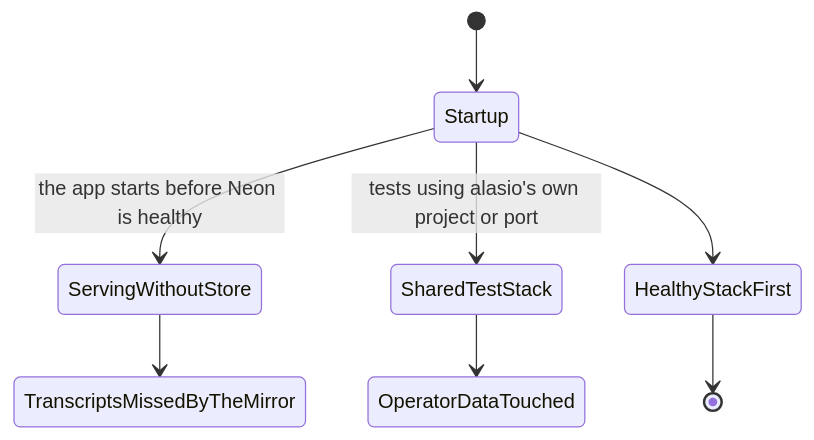
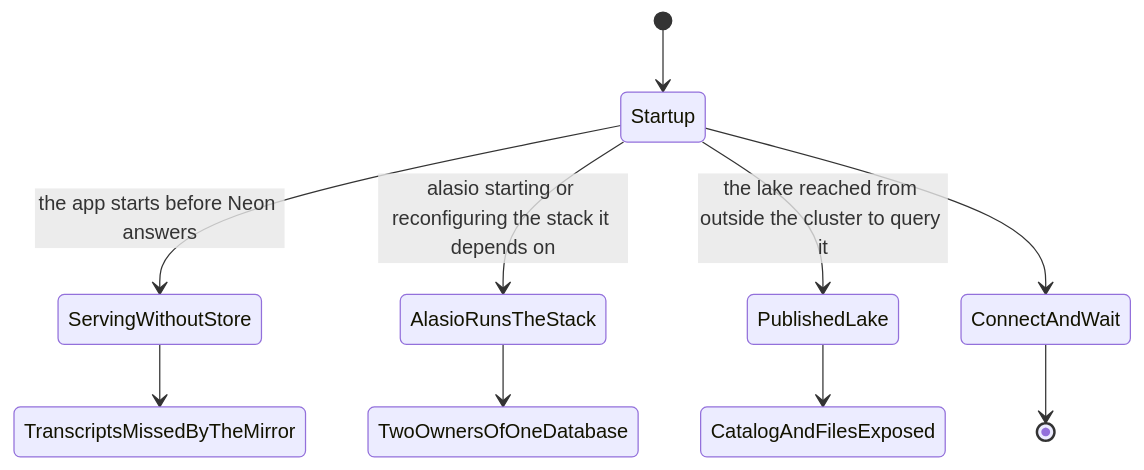
Before and after one commit to eaucoin/alasio: the third of 3 diagrams in src/neon/README.md, drawn with Mermaid. The commit also changed other lines of this file and 37 other files, not shown here.

````diff
--- a/src/neon/README.md
+++ b/src/neon/README.md
@@ -33,10 +37,12 @@
 ```mermaid
 stateDiagram-v2
   [*] --> Startup
-  Startup --> ServingWithoutStore: the app starts before Neon is healthy
+  Startup --> ServingWithoutStore: the app starts before Neon answers
   ServingWithoutStore --> TranscriptsMissedByTheMirror
-  Startup --> SharedTestStack: tests using alasio's own project or port
-  SharedTestStack --> OperatorDataTouched
-  Startup --> HealthyStackFirst
-  HealthyStackFirst --> [*]
+  Startup --> AlasioRunsTheStack: alasio starting or reconfiguring the stack it depends on
+  AlasioRunsTheStack --> TwoOwnersOfOneDatabase
+  Startup --> PublishedLake: the lake reached from outside the cluster to query it
+  PublishedLake --> CatalogAndFilesExposed
+  Startup --> ConnectAndWait
+  ConnectAndWait --> [*]
 ```
````
